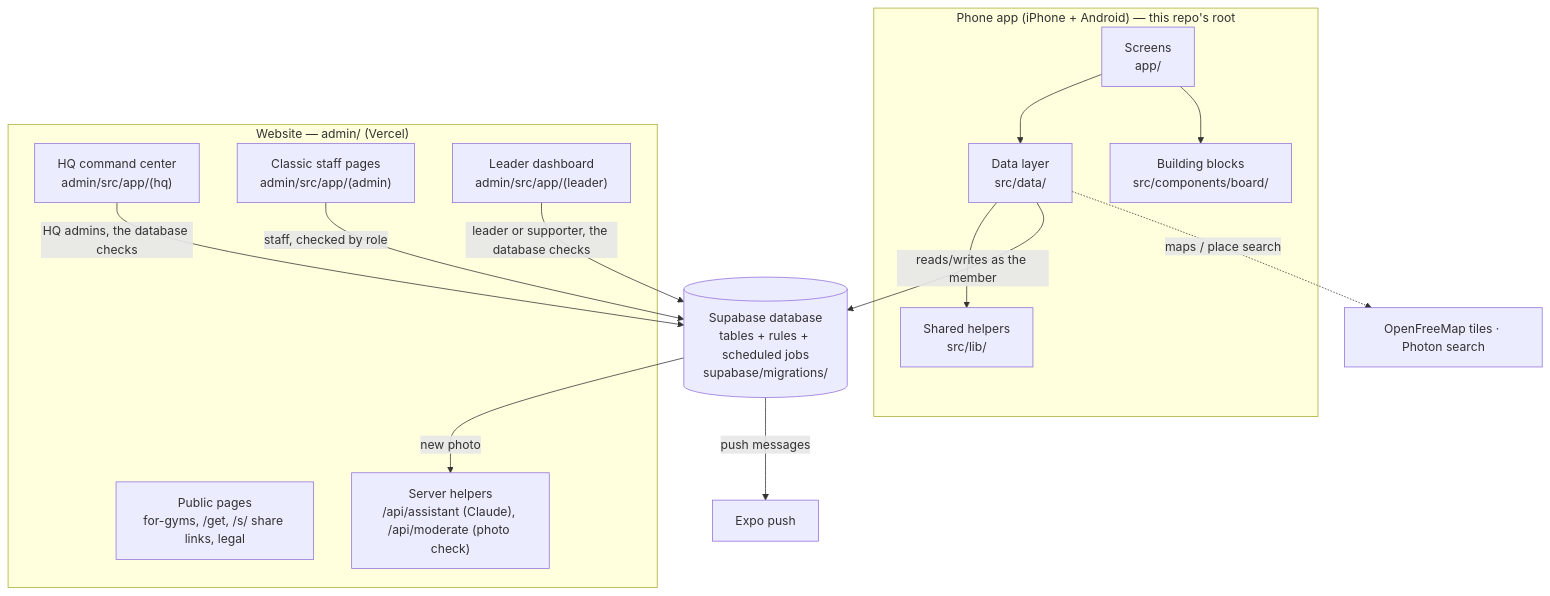
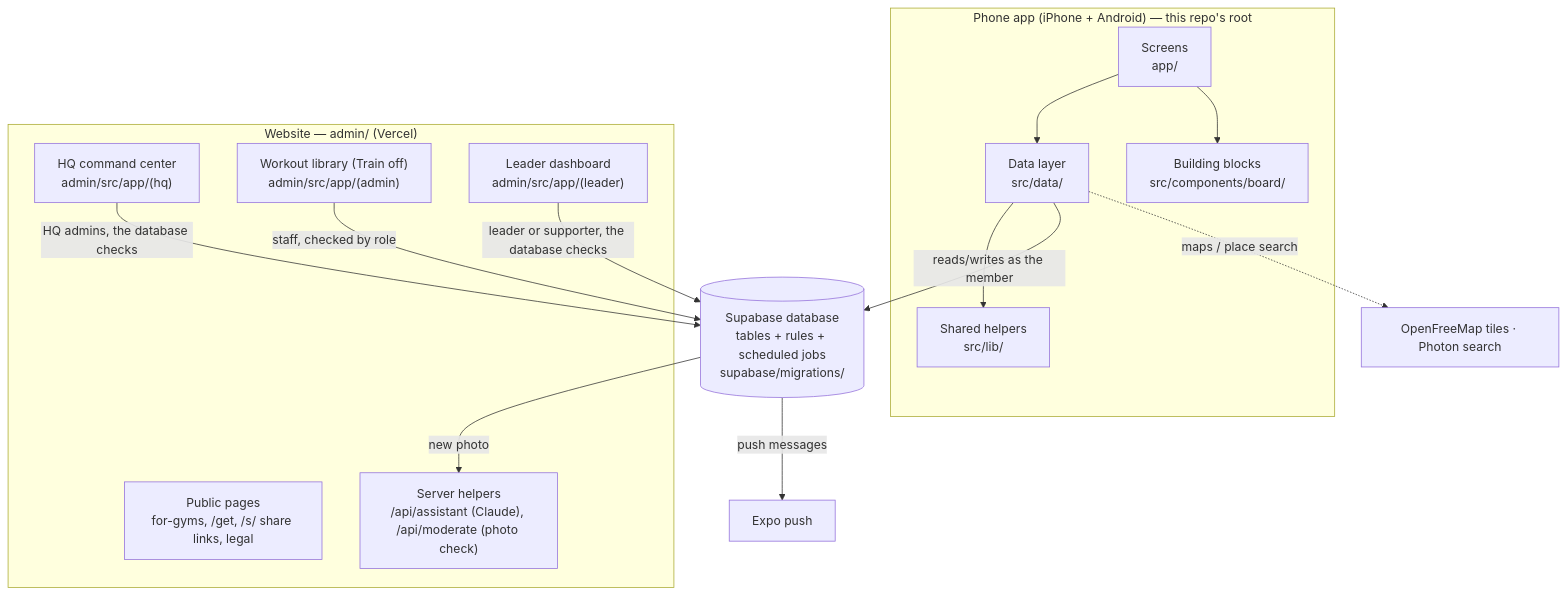
The diagram in ARCHITECTURE.md (riadfilat/beast-tribe), drawn with Mermaid before and after one commit. The commit also changed other lines of this file and 134 other files, not shown here.

Commit message:
Classic staff pages rebuilt in HQ (people, sessions, places, leads, safety, captains, businesses, communities, account); old addresses forward

````diff
--- a/ARCHITECTURE.md
+++ b/ARCHITECTURE.md
@@ -7,23 +7,23 @@
 ```mermaid
 flowchart TB
   subgraph Phones["Phone app (iPhone + Android) — this repo's root"]
     S["Screens<br/>app/"] --> D["Data layer<br/>src/data/"]
     S --> C["Building blocks<br/>src/components/board/"]
     D --> L["Shared helpers<br/>src/lib/"]
   end
   subgraph Web["Website — admin/ (Vercel)"]
     HQ["HQ command center<br/>admin/src/app/(hq)"]
-    SD["Classic staff pages<br/>admin/src/app/(admin)"]
+    SD["Workout library (Train off)<br/>admin/src/app/(admin)"]
     LD["Leader dashboard<br/>admin/src/app/(leader)"]
     PUB["Public pages<br/>for-gyms, /get, /s/ share links, legal"]
     API["Server helpers<br/>/api/assistant (Claude), /api/moderate (photo check)"]
   end
   DB[("Supabase database<br/>tables + rules + scheduled jobs<br/>supabase/migrations/")]
   D -- "reads/writes as the member" --> DB
   HQ -- "HQ admins, the database checks" --> DB
   SD -- "staff, checked by role" --> DB
   LD -- "leader or supporter, the database checks" --> DB
   DB -- "push messages" --> EXPO["Expo push"]
   DB -- "new photo" --> API
   D -. "maps / place search" .-> MAP["OpenFreeMap tiles · Photon search"]
 ```
````
